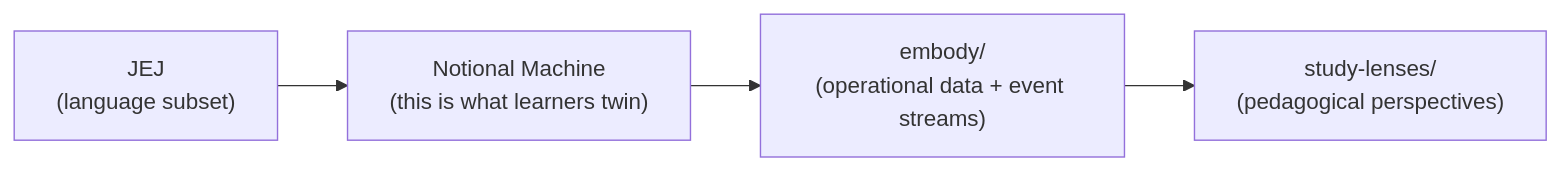
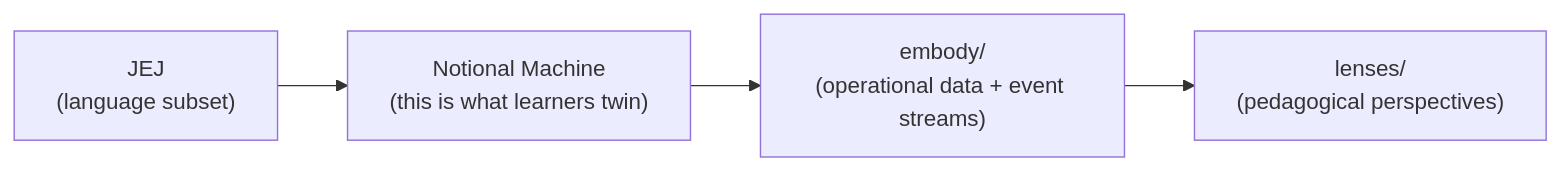
One commit to codeschoolinabox/curricula changed the diagram in src/lib/welcome-to-programming/just-enough/javascript/README.md. Above: the diagram before and after it, drawn with Mermaid. The commit also changed other lines of this file and 14 other files, not shown here.

````diff
--- a/src/lib/welcome-to-programming/just-enough/javascript/README.md
+++ b/src/lib/welcome-to-programming/just-enough/javascript/README.md
@@ -29,8 +29,8 @@
 ```mermaid
 flowchart LR
     JEJ["JEJ<br/>(language subset)"]
     NM["Notional Machine<br/>(this is what learners twin)"]
     embody["embody/<br/>(operational data + event streams)"]
-    lenses["study-lenses/<br/>(pedagogical perspectives)"]
+    lenses["lenses/<br/>(pedagogical perspectives)"]
     JEJ --> NM --> embody --> lenses
 ```
````
